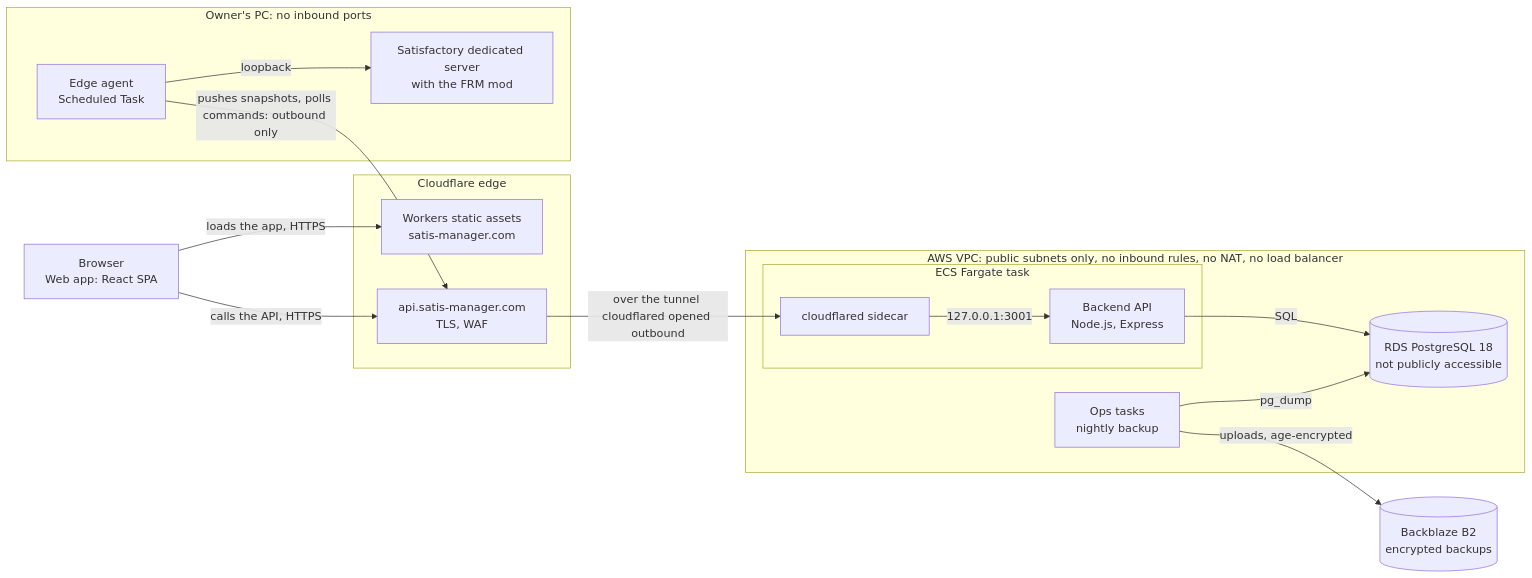
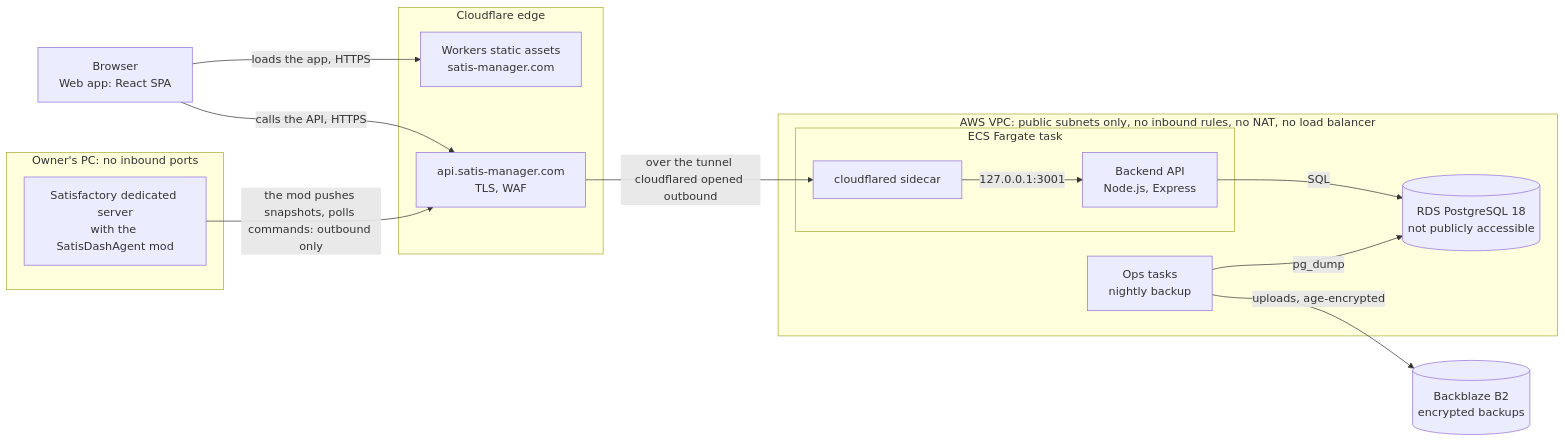
Before and after one commit to Sour-Dev-Home/satisfactory-dash: the diagram in README.md, drawn with Mermaid. The commit also changed other lines of this file and 19 other files, not shown here.

First line of the commit message:
docs: mod-only sweep of CLAUDE.md and the wiki (ADR-0066 PR 9) (#888)

````diff
--- a/README.md
+++ b/README.md
@@ -46,35 +46,33 @@
 ```mermaid
 flowchart LR
     browser["Browser<br/>Web app: React SPA"]
 
     subgraph cf["Cloudflare edge"]
         workers["Workers static assets<br/>satis-manager.com"]
         edge["api.satis-manager.com<br/>TLS, WAF"]
     end
 
     subgraph aws["AWS VPC: public subnets only, no inbound rules, no NAT, no load balancer"]
         subgraph task["ECS Fargate task"]
             cloudflared["cloudflared sidecar"]
             api["Backend API<br/>Node.js, Express"]
         end
         rds[("RDS PostgreSQL 18<br/>not publicly accessible")]
         ops["Ops tasks<br/>nightly backup"]
     end
 
     b2[("Backblaze B2<br/>encrypted backups")]
 
     subgraph pc["Owner's PC: no inbound ports"]
-        agent["Edge agent<br/>Scheduled Task"]
-        game["Satisfactory dedicated server<br/>with the FRM mod"]
+        game["Satisfactory dedicated server<br/>with the SatisDashAgent mod"]
     end
 
     browser -->|loads the app, HTTPS| workers
     browser -->|calls the API, HTTPS| edge
     edge -->|over the tunnel cloudflared opened outbound| cloudflared
     cloudflared -->|127.0.0.1:3001| api
     api -->|SQL| rds
     ops -->|pg_dump| rds
     ops -->|uploads, age-encrypted| b2
-    agent -->|pushes snapshots, polls commands: outbound only| edge
-    agent -->|loopback| game
+    game -->|the mod pushes snapshots, polls commands: outbound only| edge
 ```
````
